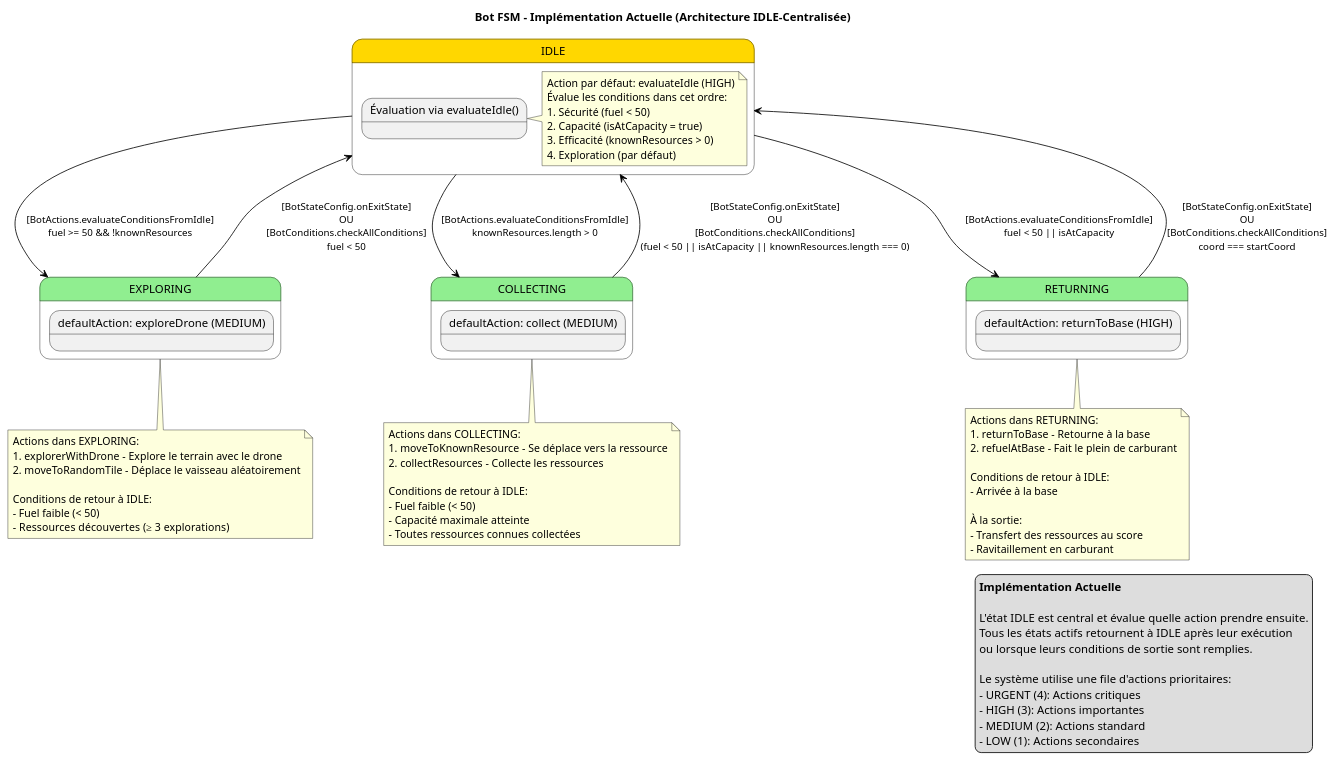
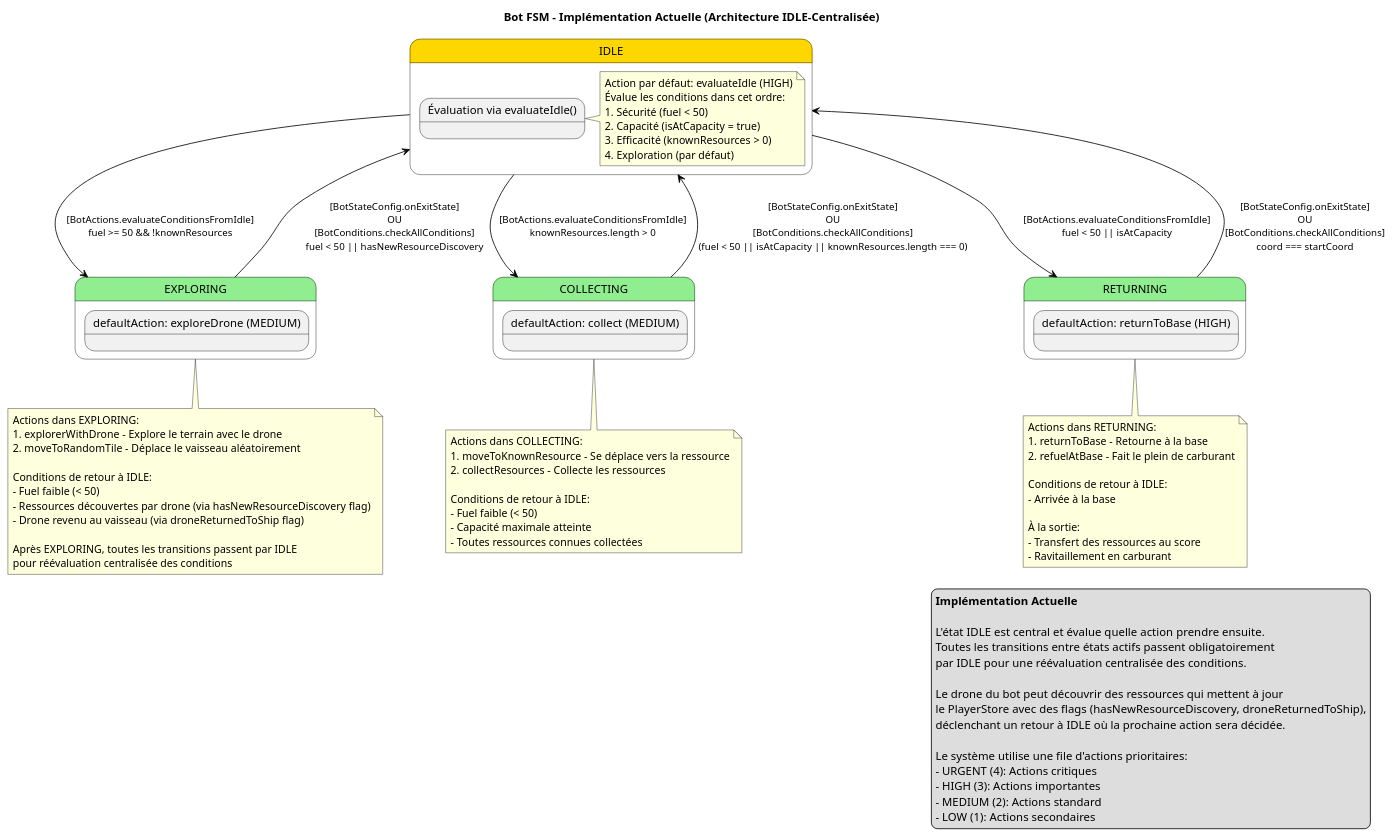
The diagram in doc/BotFSM-Current-Implementation.puml (Franckapik/JFF), drawn with PlantUML before and after one commit. The commit also changed 2 other files, not shown here.

Commit message:
no states in drone movement. Explo idle collecting

```diff
--- a/doc/BotFSM-Current-Implementation.puml
+++ b/doc/BotFSM-Current-Implementation.puml
@@ -1,103 +1,111 @@
 @startuml "Bot FSM Current Implementation"
 
 title "Bot FSM - Implémentation Actuelle (Architecture IDLE-Centralisée)"
 
 ' Définition du style
 skinparam state {
   BackgroundColor<<central>> Gold
   BackgroundColor<<active>> LightGreen
   BorderColor Black
   FontSize 14
 }
 
 skinparam arrow {
   FontSize 12
   Color Black
 }
 
 ' États de la FSM avec état IDLE centralisé
 state "IDLE" as IDLE <<central>> {
   state "Évaluation via evaluateIdle()" as EVALUATION
   note right
     Action par défaut: evaluateIdle (HIGH)
     Évalue les conditions dans cet ordre:
     1. Sécurité (fuel < 50)
     2. Capacité (isAtCapacity = true)
     3. Efficacité (knownResources > 0)
     4. Exploration (par défaut)
   end note
 }
 
 state "EXPLORING" as EXPLORING <<active>> {
   state "defaultAction: exploreDrone (MEDIUM)" as EXPLORING_ACTION
 }
 
 state "COLLECTING" as COLLECTING <<active>> {
   state "defaultAction: collect (MEDIUM)" as COLLECTING_ACTION
 }
 
 state "RETURNING" as RETURNING <<active>> {
   state "defaultAction: returnToBase (HIGH)" as RETURNING_ACTION
 }
 
 ' Transitions depuis l'état IDLE centralisé
 IDLE --> RETURNING : [BotActions.evaluateConditionsFromIdle]\nfuel < 50 || isAtCapacity
 IDLE --> COLLECTING : [BotActions.evaluateConditionsFromIdle]\nknownResources.length > 0
 IDLE --> EXPLORING : [BotActions.evaluateConditionsFromIdle]\nfuel >= 50 && !knownResources
 
 ' Transitions vers l'état IDLE centralisé
-EXPLORING --> IDLE : [BotStateConfig.onExitState]\nOU\n[BotConditions.checkAllConditions]\nfuel < 50
+EXPLORING --> IDLE : [BotStateConfig.onExitState]\nOU\n[BotConditions.checkAllConditions]\nfuel < 50 || hasNewResourceDiscovery
 COLLECTING --> IDLE : [BotStateConfig.onExitState]\nOU\n[BotConditions.checkAllConditions]\n(fuel < 50 || isAtCapacity || knownResources.length === 0)
 RETURNING --> IDLE : [BotStateConfig.onExitState]\nOU\n[BotConditions.checkAllConditions]\ncoord === startCoord
 
 ' Détails des actions par état
 note bottom of EXPLORING
   Actions dans EXPLORING:
   1. explorerWithDrone - Explore le terrain avec le drone
   2. moveToRandomTile - Déplace le vaisseau aléatoirement
   
   Conditions de retour à IDLE:
   - Fuel faible (< 50)
-  - Ressources découvertes (≥ 3 explorations)
+  - Ressources découvertes par drone (via hasNewResourceDiscovery flag)
+  - Drone revenu au vaisseau (via droneReturnedToShip flag)
+  
+  Après EXPLORING, toutes les transitions passent par IDLE
+  pour réévaluation centralisée des conditions
 end note
 
 note bottom of COLLECTING
   Actions dans COLLECTING:
   1. moveToKnownResource - Se déplace vers la ressource
   2. collectResources - Collecte les ressources
   
   Conditions de retour à IDLE:
   - Fuel faible (< 50)
   - Capacité maximale atteinte
   - Toutes ressources connues collectées
 end note
 
 note bottom of RETURNING
   Actions dans RETURNING:
   1. returnToBase - Retourne à la base
   2. refuelAtBase - Fait le plein de carburant
   
   Conditions de retour à IDLE:
   - Arrivée à la base
   
   À la sortie:
   - Transfert des ressources au score
   - Ravitaillement en carburant
 end note
 
 ' Légende
 legend right
   **Implémentation Actuelle**
   
   L'état IDLE est central et évalue quelle action prendre ensuite.
-  Tous les états actifs retournent à IDLE après leur exécution
-  ou lorsque leurs conditions de sortie sont remplies.
+  Toutes les transitions entre états actifs passent obligatoirement
+  par IDLE pour une réévaluation centralisée des conditions.
+  
+  Le drone du bot peut découvrir des ressources qui mettent à jour
+  le PlayerStore avec des flags (hasNewResourceDiscovery, droneReturnedToShip),
+  déclenchant un retour à IDLE où la prochaine action sera décidée.
   
   Le système utilise une file d'actions prioritaires:
   - URGENT (4): Actions critiques
   - HIGH (3): Actions importantes
   - MEDIUM (2): Actions standard
   - LOW (1): Actions secondaires
 endlegend
 
 @enduml
```
